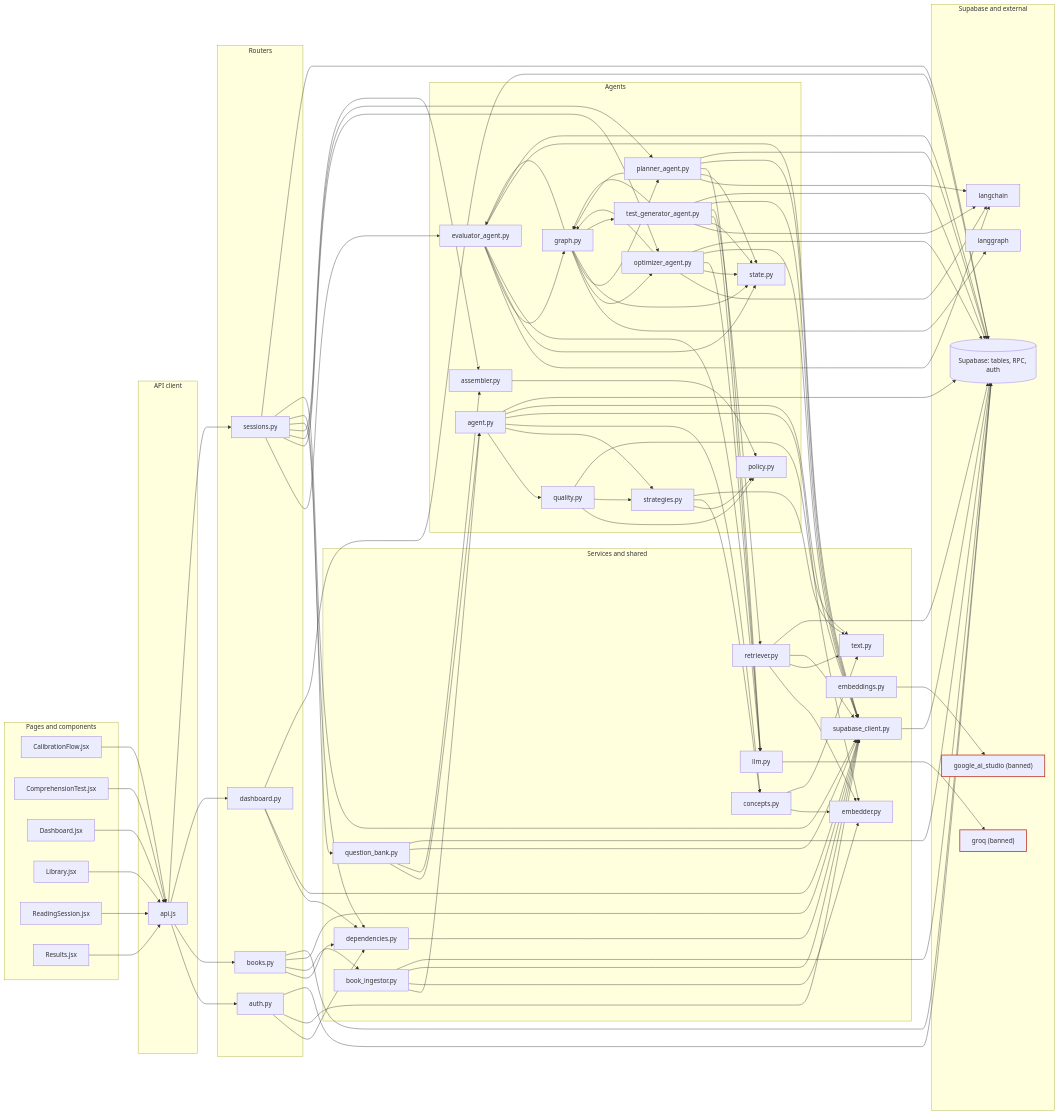
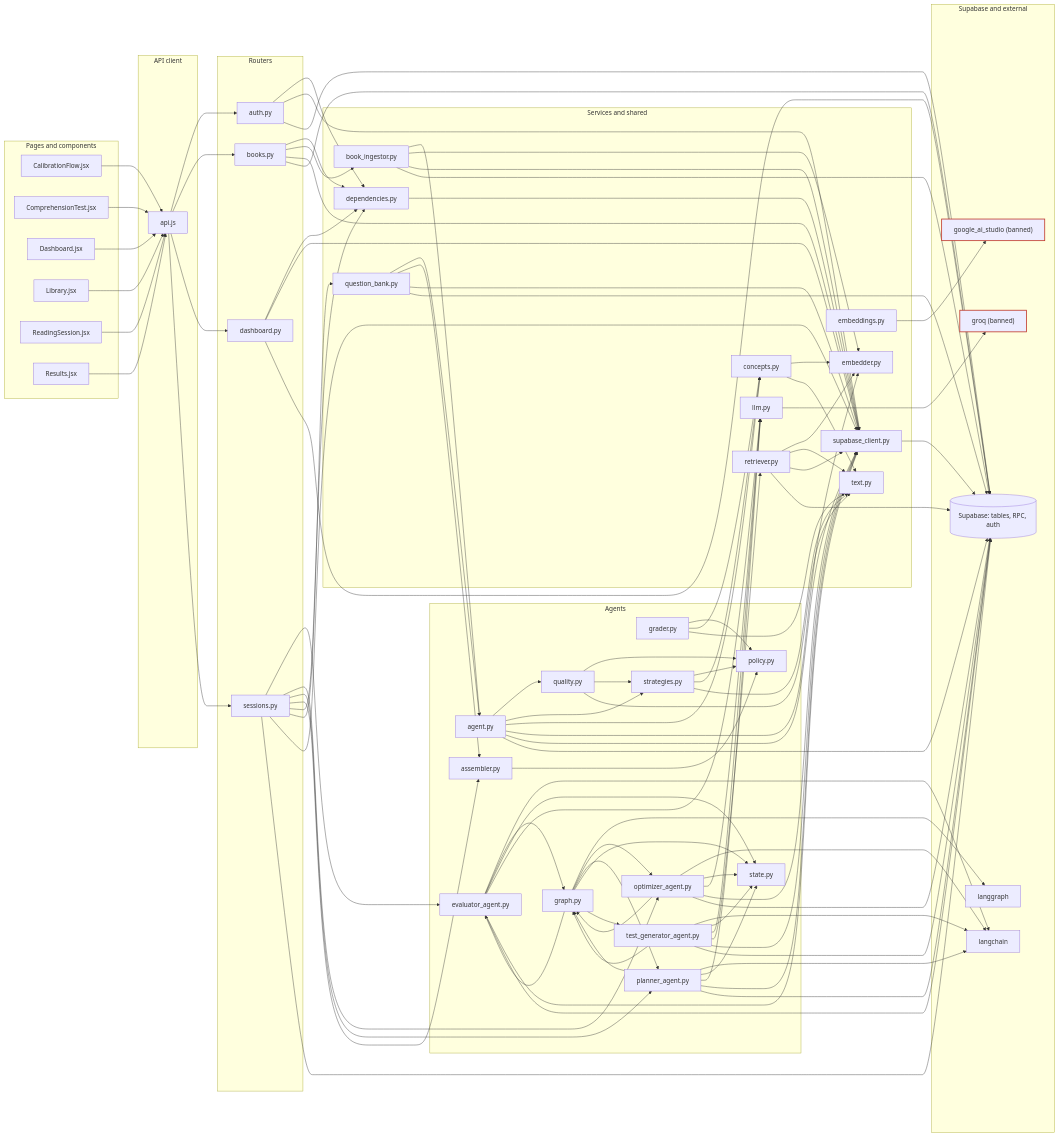
Before and after one commit to asparagusD/readfocus: the first of 2 diagrams in docs/repo-graph/REPO_MAP.md, drawn with Mermaid. The commit also changed other lines of this file and 10 other files, not shown here.

First line of the commit message:
feat(agents): add semantic answer grader with confidence

```diff
--- a/docs/repo-graph/REPO_MAP.md
+++ b/docs/repo-graph/REPO_MAP.md
@@ -30,6 +30,7 @@
     file_backend_routers_sessions_py["sessions.py"]
   end
   subgraph agent["Agents"]
+    file_backend_agents_evaluation_grader_py["grader.py"]
     file_backend_agents_evaluator_agent_py["evaluator_agent.py"]
     file_backend_agents_graph_py["graph.py"]
     file_backend_agents_optimizer_agent_py["optimizer_agent.py"]
@@ -61,6 +62,9 @@
     external_langgraph["langgraph"]
     supabase[("Supabase: tables, RPC, auth")]
   end
+  file_backend_agents_evaluation_grader_py --> file_backend_agents_policy_py
+  file_backend_agents_evaluation_grader_py --> file_backend_nlp_concepts_py
+  file_backend_agents_evaluation_grader_py --> file_backend_nlp_text_py
   file_backend_agents_evaluator_agent_py --> external_langchain
   file_backend_agents_evaluator_agent_py --> file_backend_agents_graph_py
   file_backend_agents_evaluator_agent_py --> file_backend_agents_state_py
```
